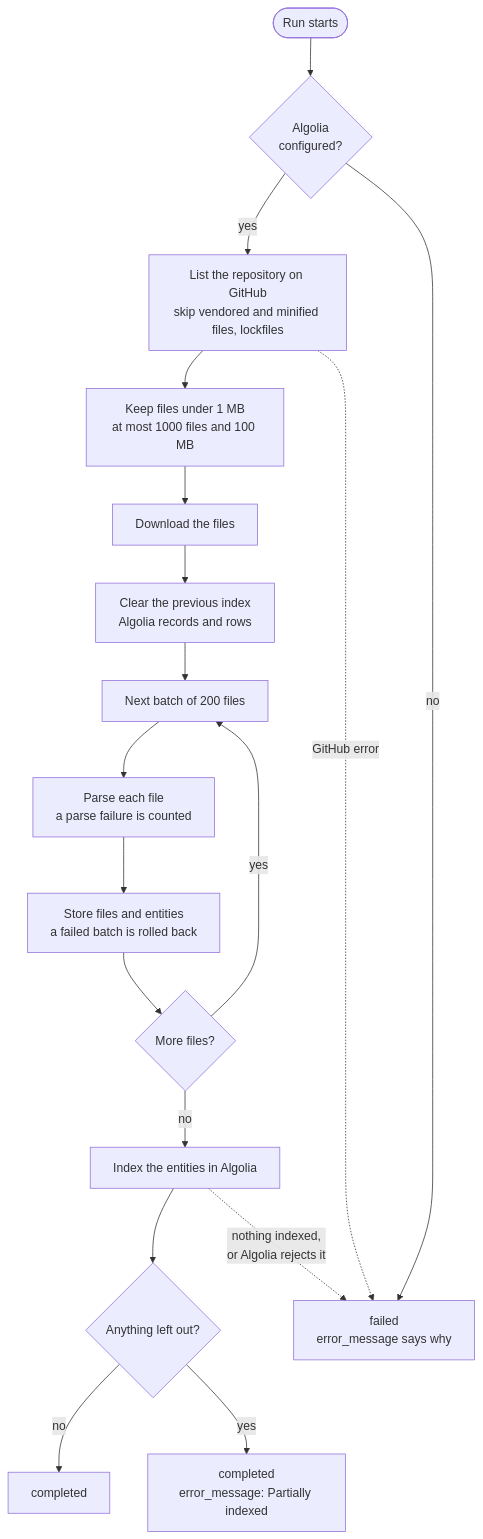
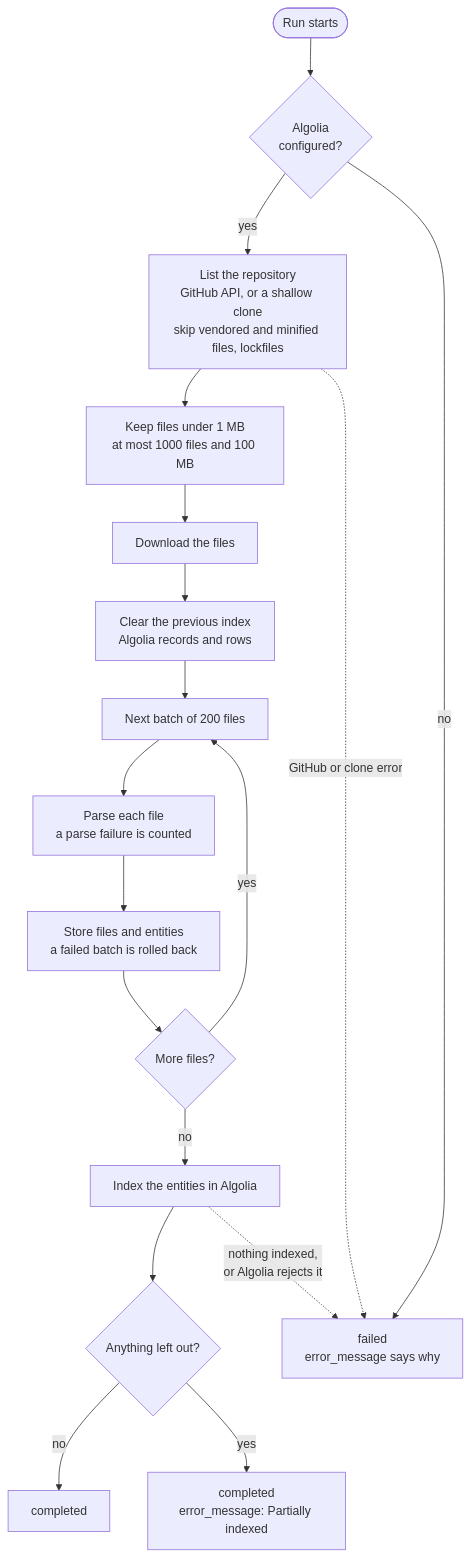
The fourth of 8 diagrams in README.md (ntanwir10/codesage-algolia-challenge), drawn with Mermaid before and after one commit. The commit also changed other lines of this file and 3 other files, not shown here.

````diff
--- a/README.md
+++ b/README.md
@@ -104,20 +104,20 @@
 ```mermaid
 flowchart TD
     start(["Run starts"]) --> configured{"Algolia<br/>configured?"}
-    configured -- "yes" --> fetch["List the repository on GitHub<br/>skip vendored and minified files, lockfiles"]
+    configured -- "yes" --> fetch["List the repository<br/>GitHub API, or a shallow clone<br/>skip vendored and minified files, lockfiles"]
     fetch --> select["Keep files under 1 MB<br/>at most 1000 files and 100 MB"]
     select --> download["Download the files"]
     download --> clear["Clear the previous index<br/>Algolia records and rows"]
     clear --> batch["Next batch of 200 files"]
     batch --> parse["Parse each file<br/>a parse failure is counted"]
     parse --> store["Store files and entities<br/>a failed batch is rolled back"]
     store --> more{"More files?"}
     more -- "yes" --> batch
     more -- "no" --> index["Index the entities in Algolia"]
     index --> skipped{"Anything left out?"}
     skipped -- "no" --> completed["completed"]
     skipped -- "yes" --> partial["completed<br/>error_message: Partially indexed"]
     configured -- "no" --> failed["failed<br/>error_message says why"]
-    fetch -. "GitHub error" .-> failed
+    fetch -. "GitHub or clone error" .-> failed
     index -. "nothing indexed,<br/>or Algolia rejects it" .-> failed
 ```
````
